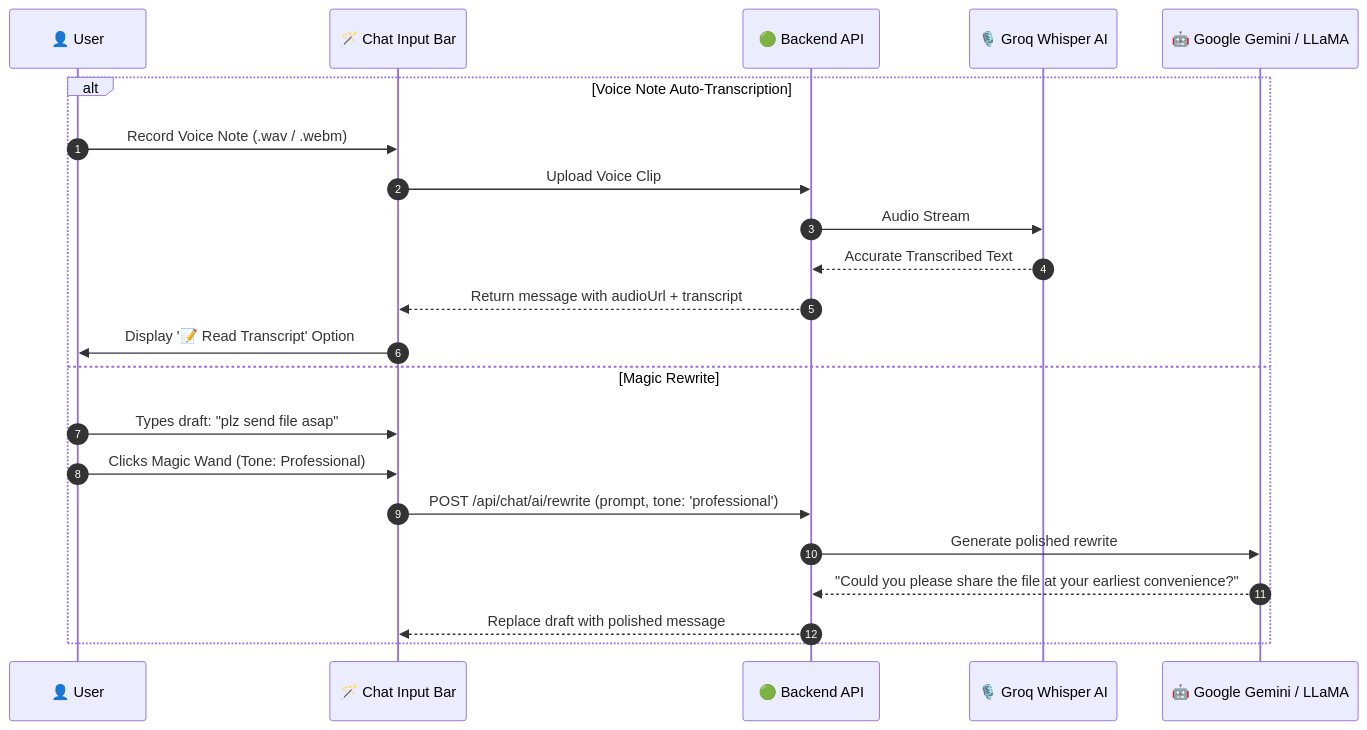
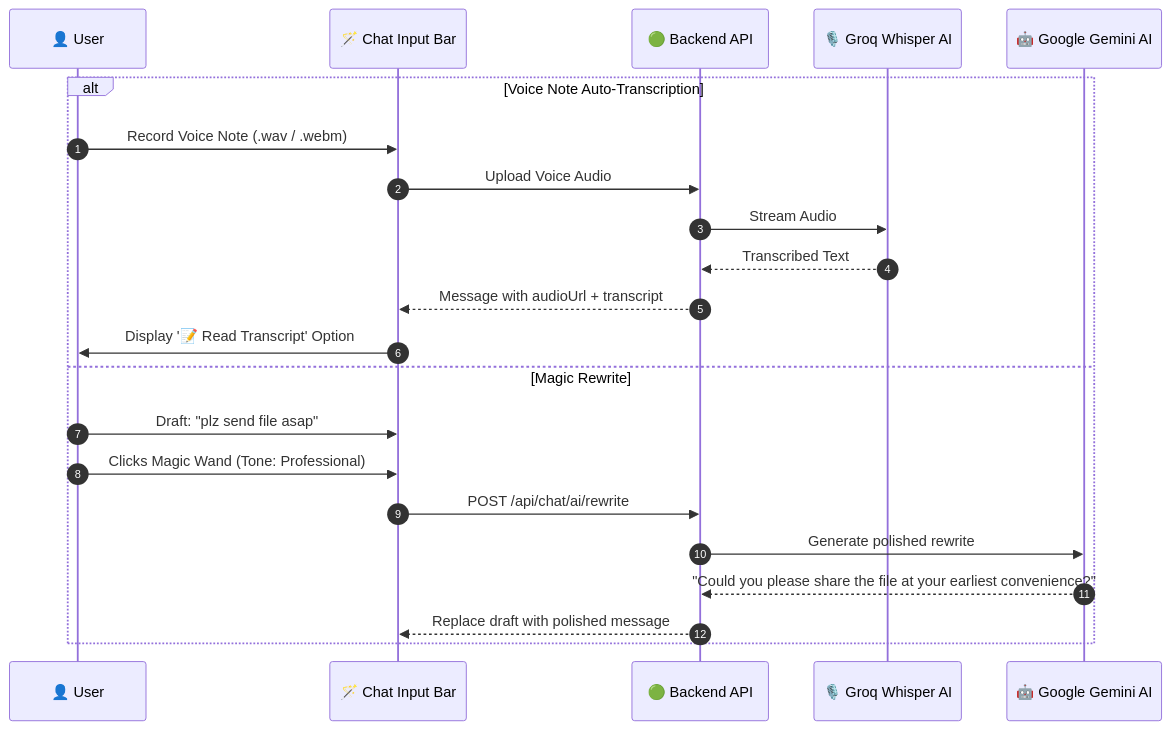
Before and after one commit to suvojitmanna/whatsApp_clone: the sixth of 6 diagrams in README.md, drawn with Mermaid. The commit also changed other lines of this file, not shown here.

Commit message:
docs: simplify and streamline architecture diagrams in README

````diff
--- a/README.md
+++ b/README.md
@@ -260,25 +183,25 @@
 ```mermaid
 sequenceDiagram
     autonumber
     participant User as 👤 User
     participant ChatBar as 🪄 Chat Input Bar
     participant Server as 🟢 Backend API
     participant GroqWhisper as 🎙️ Groq Whisper AI
-    participant GeminiAI as 🤖 Google Gemini / LLaMA
+    participant GeminiAI as 🤖 Google Gemini AI
 
     alt Voice Note Auto-Transcription
         User->>ChatBar: Record Voice Note (.wav / .webm)
-        ChatBar->>Server: Upload Voice Clip
-        Server->>GroqWhisper: Audio Stream
-        GroqWhisper-->>Server: Accurate Transcribed Text
-        Server-->>ChatBar: Return message with audioUrl + transcript
+        ChatBar->>Server: Upload Voice Audio
+        Server->>GroqWhisper: Stream Audio
+        GroqWhisper-->>Server: Transcribed Text
+        Server-->>ChatBar: Message with audioUrl + transcript
         ChatBar->>User: Display '📝 Read Transcript' Option
     else Magic Rewrite
-        User->>ChatBar: Types draft: "plz send file asap"
+        User->>ChatBar: Draft: "plz send file asap"
         User->>ChatBar: Clicks Magic Wand (Tone: Professional)
-        ChatBar->>Server: POST /api/chat/ai/rewrite (prompt, tone: 'professional')
+        ChatBar->>Server: POST /api/chat/ai/rewrite
         Server->>GeminiAI: Generate polished rewrite
         GeminiAI-->>Server: "Could you please share the file at your earliest convenience?"
         Server-->>ChatBar: Replace draft with polished message
     end
 ```
````
